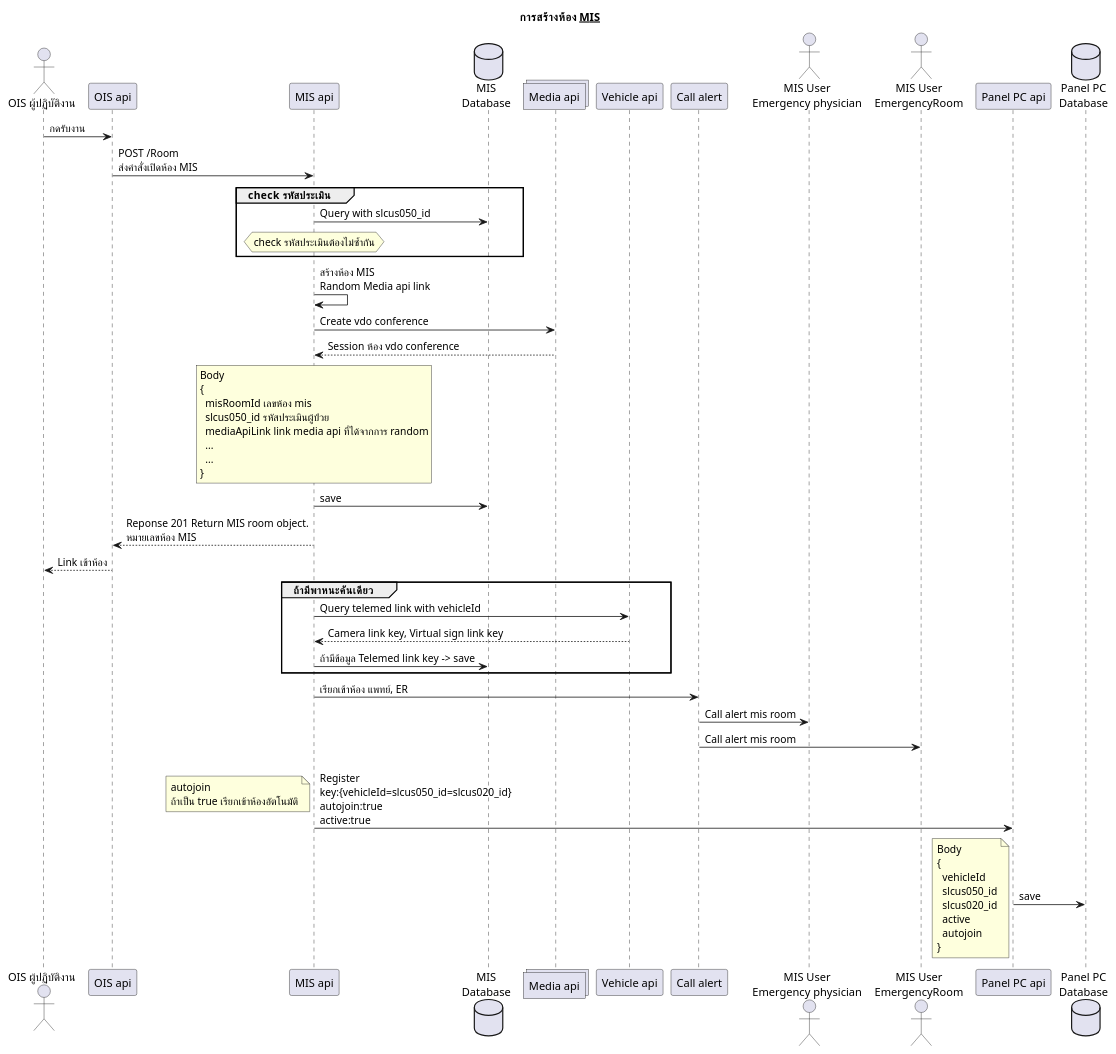
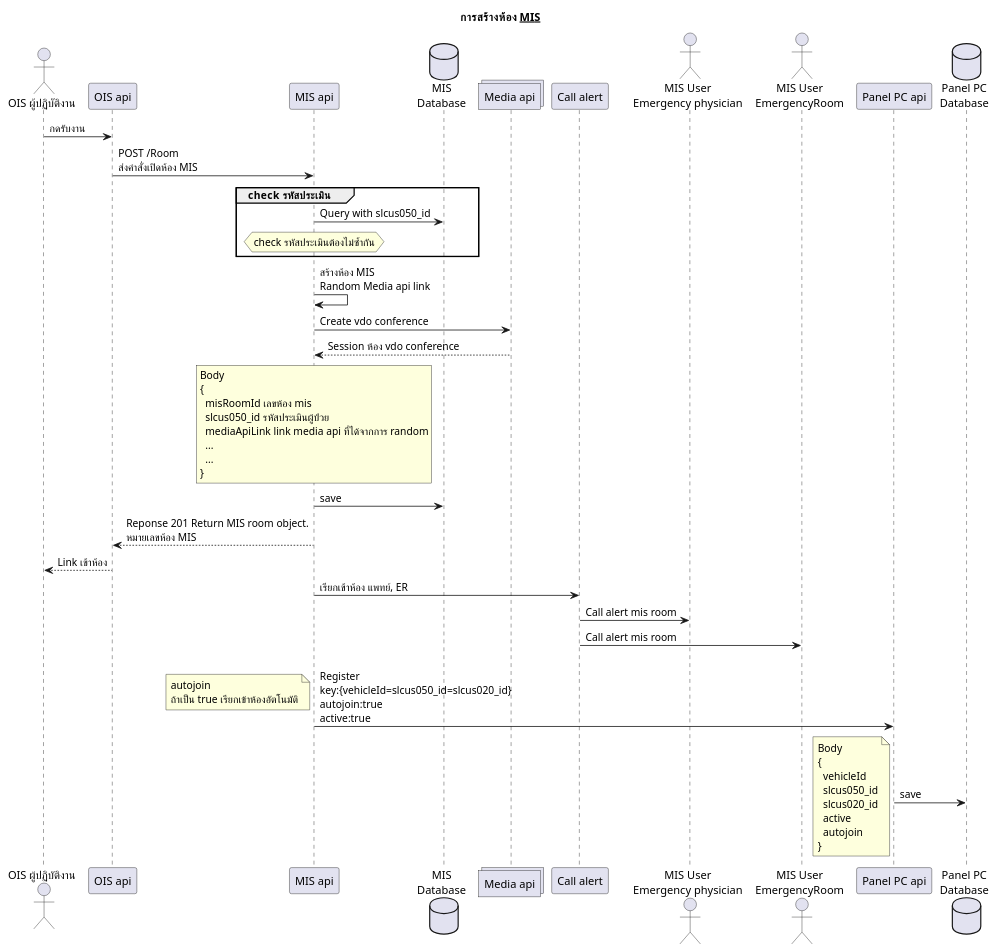
Before and after one commit to lionants02/mis-api-doc: the diagram in uml/new_create_mis.plantuml, drawn with PlantUML.

```diff
--- a/uml/new_create_mis.plantuml
+++ b/uml/new_create_mis.plantuml
@@ -1,61 +1,55 @@
 @startuml
 Title การสร้างห้อง __MIS__
   actor "OIS ผู้ปฏิบัติงาน" as OIS
   OIS -> "OIS api": กดรับงาน
   "OIS api"-> "MIS api": POST /Room\nส่งคำสั่งเปิดห้อง MIS
 
   database "MIS\nDatabase" as misdb
   group check รหัสประเมิน
     "MIS api" -> misdb: Query with slcus050_id
     hnote over "MIS api"
       check รหัสประเมินต้องไม่ซ้ำกัน
     endnote
   end
   "MIS api" -> "MIS api": สร้างห้อง MIS\nRandom Media api link
 
   collections "Media api" as MediaApi
   "MIS api" -> MediaApi: Create vdo conference
   "MIS api" <-- MediaApi: Session ห้อง vdo conference
   rnote over "MIS api"
     Body
     {
       misRoomId เลขห้อง mis
       slcus050_id รหัสประเมินผู้ป่วย
       mediaApiLink link media api ที่ได้จากการ random
       ...
       ...
     }
   endnote
   "MIS api" -> misdb: save
 
   "OIS api"<-- "MIS api": Reponse 201 Return MIS room object.\nหมายเลขห้อง MIS
   OIS <-- "OIS api": Link เข้าห้อง
-
-  group ถ้ามีพาหนะคันเดียว
-    "MIS api" -> "Vehicle api": Query telemed link with vehicleId
-    "MIS api" <-- "Vehicle api": Camera link key, Virtual sign link key
-    "MIS api" -> misdb: ถ้ามีข้อมูล Telemed link key -> save
-  end
   "MIS api" -> "Call alert": เรียกเข้าห้อง แพทย์, ER
 
   actor "MIS User\nEmergency physician" as MD
   actor "MIS User\nEmergencyRoom" as ER
 
   "Call alert" -> MD: Call alert mis room
   "Call alert" -> ER: Call alert mis room
 
   "MIS api" -> "Panel PC api": \nRegister\nkey:{vehicleId=slcus050_id=slcus020_id}\nautojoin:true\nactive:true
   note left: autojoin\nถ้าเป็น true เรียกเข้าห้องอัตโนมัติ
   database "Panel PC\nDatabase" as paneldb
   "Panel PC api" -> paneldb: save
   note left
     Body
     {
       vehicleId
       slcus050_id
       slcus020_id
       active
       autojoin
     }
   endnote
 @enduml
```
